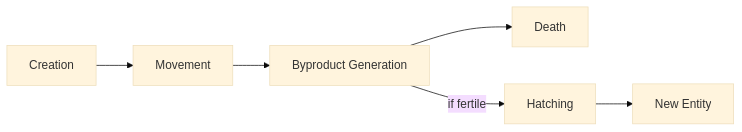
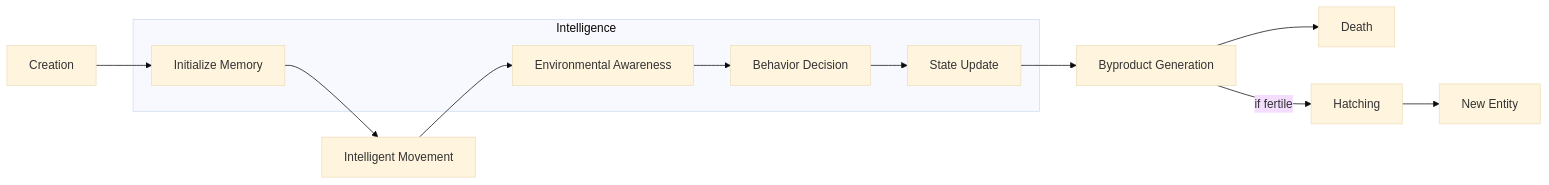
One commit to digitalantfarm/Antity changed the third of 4 diagrams in memory-bank/systemPatterns.md. Above: the diagram before and after it, drawn with Mermaid (base theme). The commit also changed other lines of this file and 4 other files, not shown here.

````diff
--- a/memory-bank/systemPatterns.md
+++ b/memory-bank/systemPatterns.md
@@ -73,8 +100,19 @@
 ```mermaid
 flowchart LR
-    Creation["Creation"]-->Movement["Movement"]
-    Movement-->Byproduct["Byproduct Generation"]
-    Byproduct-->Death["Death"]
-    Byproduct-->|"if fertile"|Hatching["Hatching"]
-    Hatching-->NewEntity["New Entity"]
+    Creation["Creation"] --> Memory["Initialize Memory"]
+    Memory --> Movement["Intelligent Movement"]
+    Movement --> Awareness["Environmental Awareness"]
+    Awareness --> Decision["Behavior Decision"]
+    Decision --> StateUpdate["State Update"]
+    StateUpdate --> Byproduct["Byproduct Generation"]
+    Byproduct --> Death["Death"]
+    Byproduct -->|"if fertile"| Hatching["Hatching"]
+    Hatching --> NewEntity["New Entity"]
+    
+    subgraph Intelligence
+    Memory
+    Awareness
+    Decision
+    StateUpdate
+    end
 ```
````
